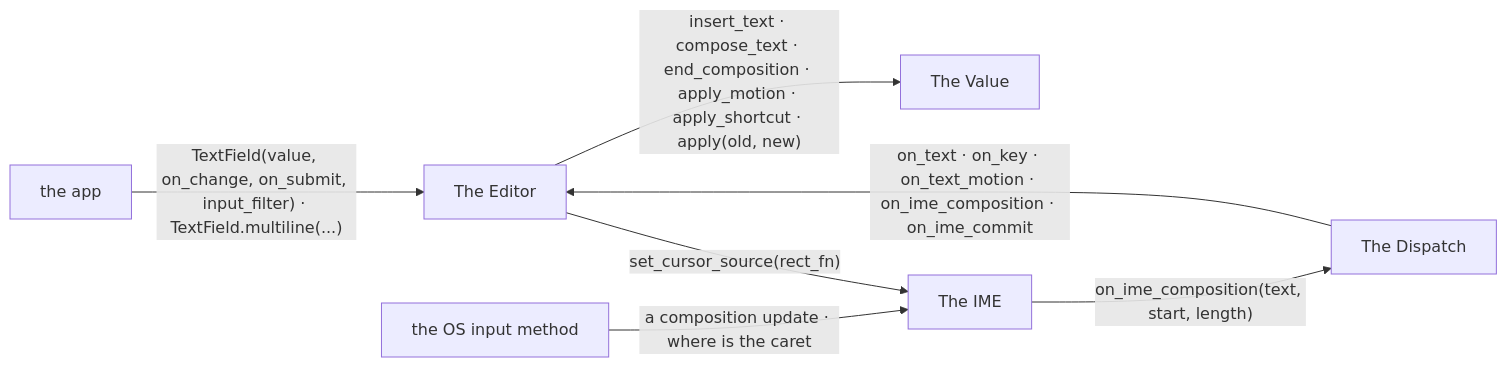
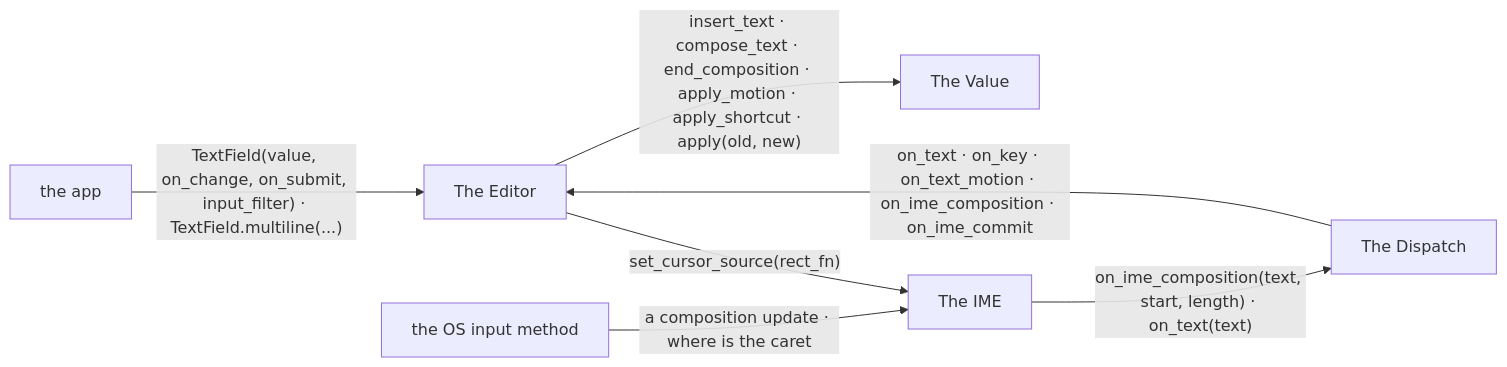
Before and after one commit to yuksblog/nuiitivet: the first of 9 diagrams in docs/design/TEXT_EDITING.md, drawn with Mermaid. The commit also changed other lines of this file and 13 other files, not shown here.

First line of the commit message:
fix(ime): draw the Windows composition in the field, IME at the caret

````diff
--- a/docs/design/TEXT_EDITING.md
+++ b/docs/design/TEXT_EDITING.md
@@ -13,16 +13,16 @@
 ```mermaid
 flowchart LR
     value[The Value]
     editor[The Editor]
     dispatch[The Dispatch]
     ime[The IME]
     app[the app]
     os[the OS input method]
 
     app -- "TextField(value, on_change, on_submit, input_filter) · TextField.multiline(...)" --> editor
     editor -- "insert_text · compose_text · end_composition · apply_motion · apply_shortcut · apply(old, new)" --> value
     dispatch -- "on_text · on_key · on_text_motion · on_ime_composition · on_ime_commit" --> editor
     os -- "a composition update · where is the caret" --> ime
-    ime -- "on_ime_composition(text, start, length)" --> dispatch
+    ime -- "on_ime_composition(text, start, length) · on_text(text)" --> dispatch
     editor -- "set_cursor_source(rect_fn)" --> ime
 ```
````
